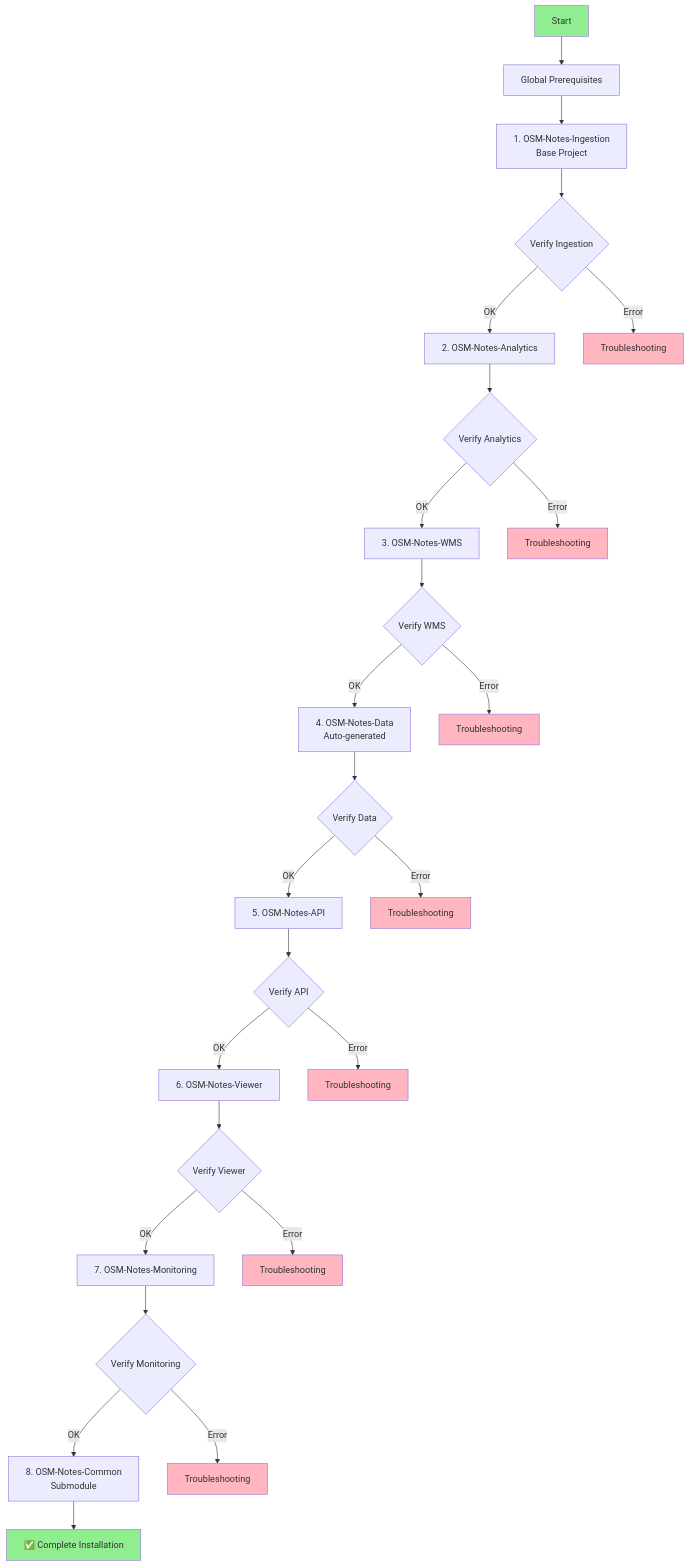
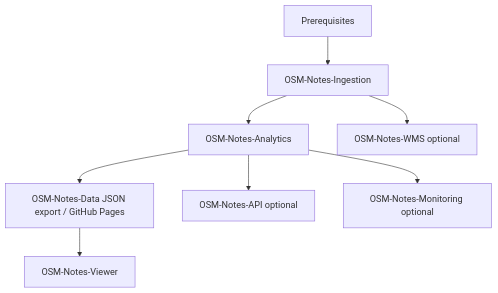
One commit to OSMLatam/OSM-Notes-Common changed the diagram in docs/Installation.md. Above: the diagram before and after it, drawn with Mermaid. The commit also changed other lines of this file and 5 other files, not shown here.

````diff
--- a/docs/Installation.md
+++ b/docs/Installation.md
@@ -70,37 +51,11 @@
 ```mermaid
 flowchart TD
-    START[Start] --> PREREQ[Global Prerequisites]
-    PREREQ --> INGESTION[1. OSM-Notes-Ingestion<br/>Base Project]
-    INGESTION --> VERIFY1{Verify Ingestion}
-    VERIFY1 -->|OK| ANALYTICS[2. OSM-Notes-Analytics]
-    VERIFY1 -->|Error| TROUBLESHOOT1[Troubleshooting]
-    ANALYTICS --> VERIFY2{Verify Analytics}
-    VERIFY2 -->|OK| WMS[3. OSM-Notes-WMS]
-    VERIFY2 -->|Error| TROUBLESHOOT2[Troubleshooting]
-    WMS --> VERIFY3{Verify WMS}
-    VERIFY3 -->|OK| DATA[4. OSM-Notes-Data<br/>Auto-generated]
-    VERIFY3 -->|Error| TROUBLESHOOT3[Troubleshooting]
-    DATA --> VERIFY4{Verify Data}
-    VERIFY4 -->|OK| API[5. OSM-Notes-API]
-    VERIFY4 -->|Error| TROUBLESHOOT4[Troubleshooting]
-    API --> VERIFY5{Verify API}
-    VERIFY5 -->|OK| VIEWER[6. OSM-Notes-Viewer]
-    VERIFY5 -->|Error| TROUBLESHOOT5[Troubleshooting]
-    VIEWER --> VERIFY6{Verify Viewer}
-    VERIFY6 -->|OK| MONITORING[7. OSM-Notes-Monitoring]
-    VERIFY6 -->|Error| TROUBLESHOOT6[Troubleshooting]
-    MONITORING --> VERIFY7{Verify Monitoring}
-    VERIFY7 -->|OK| COMMON[8. OSM-Notes-Common<br/>Submodule]
-    VERIFY7 -->|Error| TROUBLESHOOT7[Troubleshooting]
-    COMMON --> DONE[✅ Complete Installation]
-    
-    style START fill:#90EE90
-    style DONE fill:#90EE90
-    style TROUBLESHOOT1 fill:#FFB6C1
-    style TROUBLESHOOT2 fill:#FFB6C1
-    style TROUBLESHOOT3 fill:#FFB6C1
-    style TROUBLESHOOT4 fill:#FFB6C1
-    style TROUBLESHOOT5 fill:#FFB6C1
-    style TROUBLESHOOT6 fill:#FFB6C1
-    style TROUBLESHOOT7 fill:#FFB6C1
+    PREREQ[Prerequisites]
+    PREREQ --> INGESTION[OSM-Notes-Ingestion]
+    INGESTION --> ANALYTICS[OSM-Notes-Analytics]
+    ANALYTICS --> DATA[OSM-Notes-Data JSON export / GitHub Pages]
+    INGESTION --> WMS_OPT[OSM-Notes-WMS optional]
+    DATA --> VIEWER[OSM-Notes-Viewer]
+    ANALYTICS --> API_OPT[OSM-Notes-API optional]
+    ANALYTICS --> MON[OSM-Notes-Monitoring optional]
 ```
````
